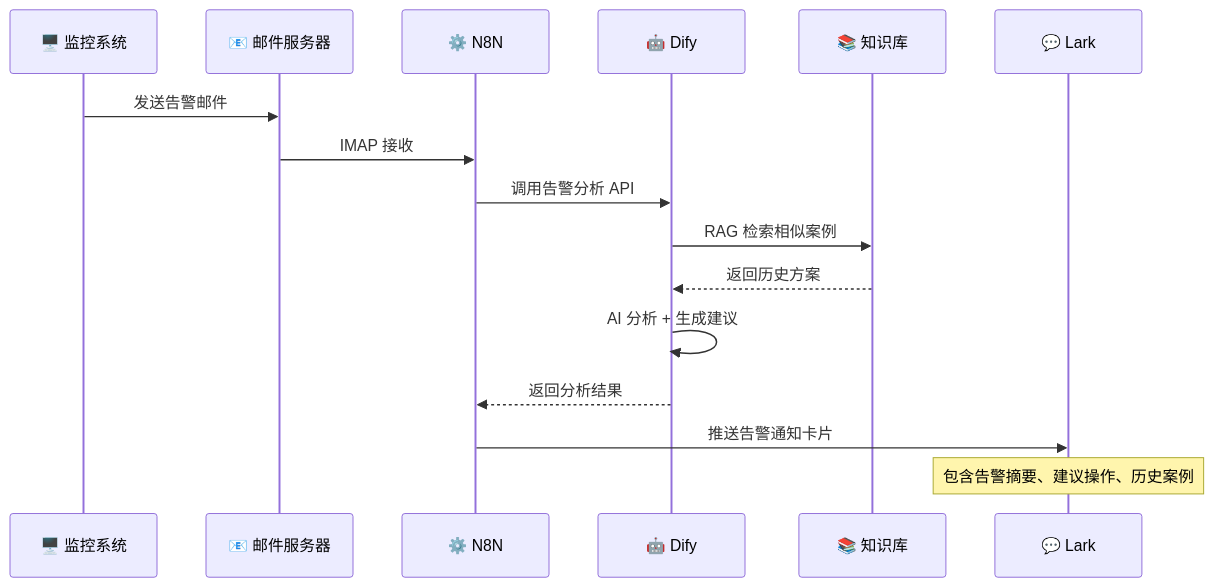
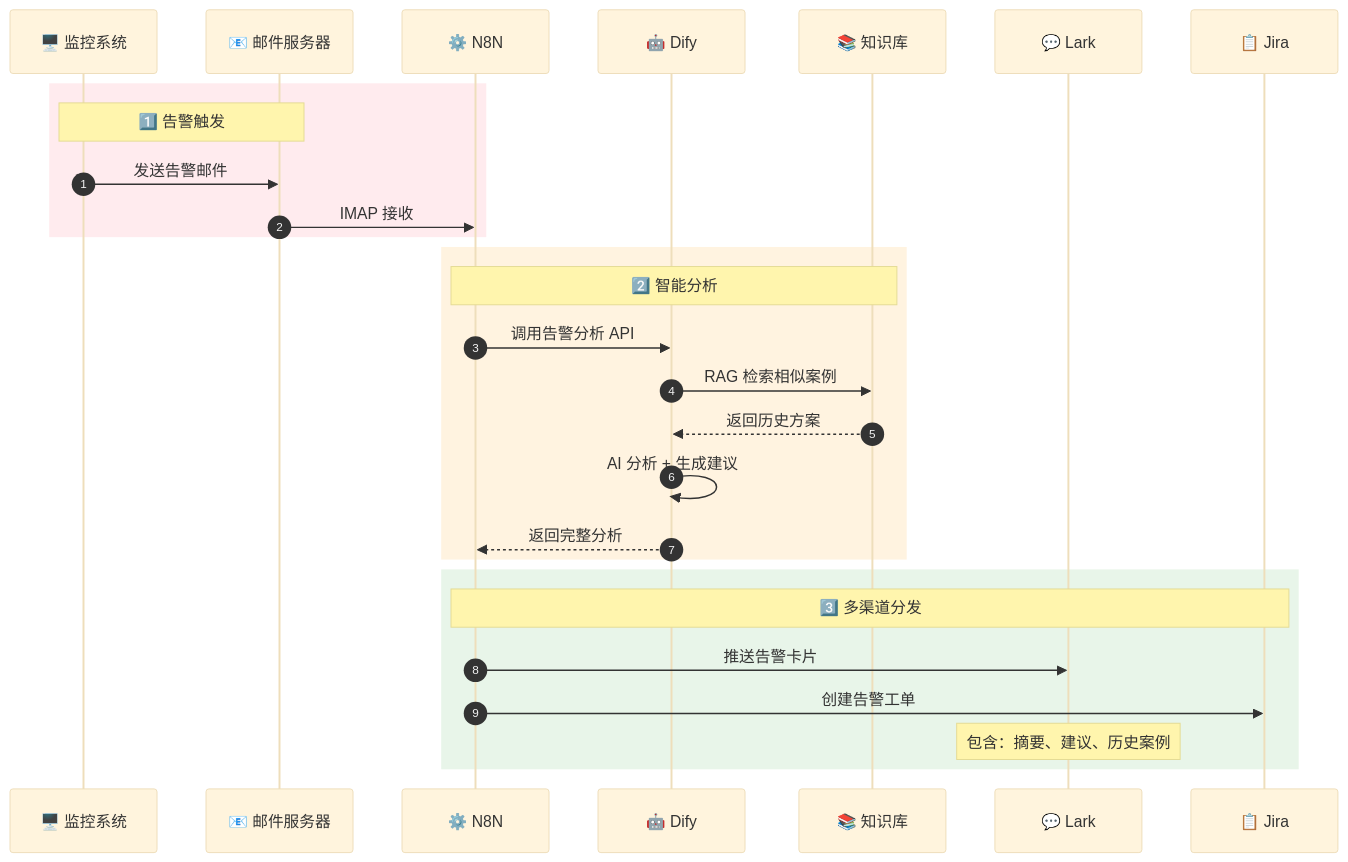
Before and after one commit to karl9141/ai-platform-technical: the seventh of 11 diagrams in docs/architecture/system-architecture.md, drawn with Mermaid. The commit also changed other lines of this file, not shown here.

Commit message:
docs: Enterprise-grade architecture diagrams with detailed Mermaid charts

````diff
--- a/docs/architecture/system-architecture.md
+++ b/docs/architecture/system-architecture.md
@@ -103,19 +318,34 @@
 ```mermaid
+%%{init: {'theme': 'base'}}%%
 sequenceDiagram
-    participant Monitor as 🖥️ 监控系统
-    participant Email as 📧 邮件服务器
-    participant N8N as ⚙️ N8N
-    participant Dify as 🤖 Dify
-    participant KB as 📚 知识库
-    participant Lark as 💬 Lark
+    autonumber
+    participant M as 🖥️ 监控系统
+    participant E as 📧 邮件服务器
+    participant N as ⚙️ N8N
+    participant D as 🤖 Dify
+    participant K as 📚 知识库
+    participant L as 💬 Lark
+    participant J as 📋 Jira
 
-    Monitor->>Email: 发送告警邮件
-    Email->>N8N: IMAP 接收
-    N8N->>Dify: 调用告警分析 API
-    Dify->>KB: RAG 检索相似案例
-    KB-->>Dify: 返回历史方案
-    Dify->>Dify: AI 分析 + 生成建议
-    Dify-->>N8N: 返回分析结果
-    N8N->>Lark: 推送告警通知卡片
-    Note over Lark: 包含告警摘要、建议操作、历史案例
+    rect rgb(255, 235, 238)
+        Note over M,E: 1️⃣ 告警触发
+        M->>E: 发送告警邮件
+        E->>N: IMAP 接收
+    end
+
+    rect rgb(255, 243, 224)
+        Note over N,K: 2️⃣ 智能分析
+        N->>D: 调用告警分析 API
+        D->>K: RAG 检索相似案例
+        K-->>D: 返回历史方案
+        D->>D: AI 分析 + 生成建议
+        D-->>N: 返回完整分析
+    end
+
+    rect rgb(232, 245, 233)
+        Note over N,J: 3️⃣ 多渠道分发
+        N->>L: 推送告警卡片
+        N->>J: 创建告警工单
+        Note over L: 包含：摘要、建议、历史案例
+    end
 ```
````
